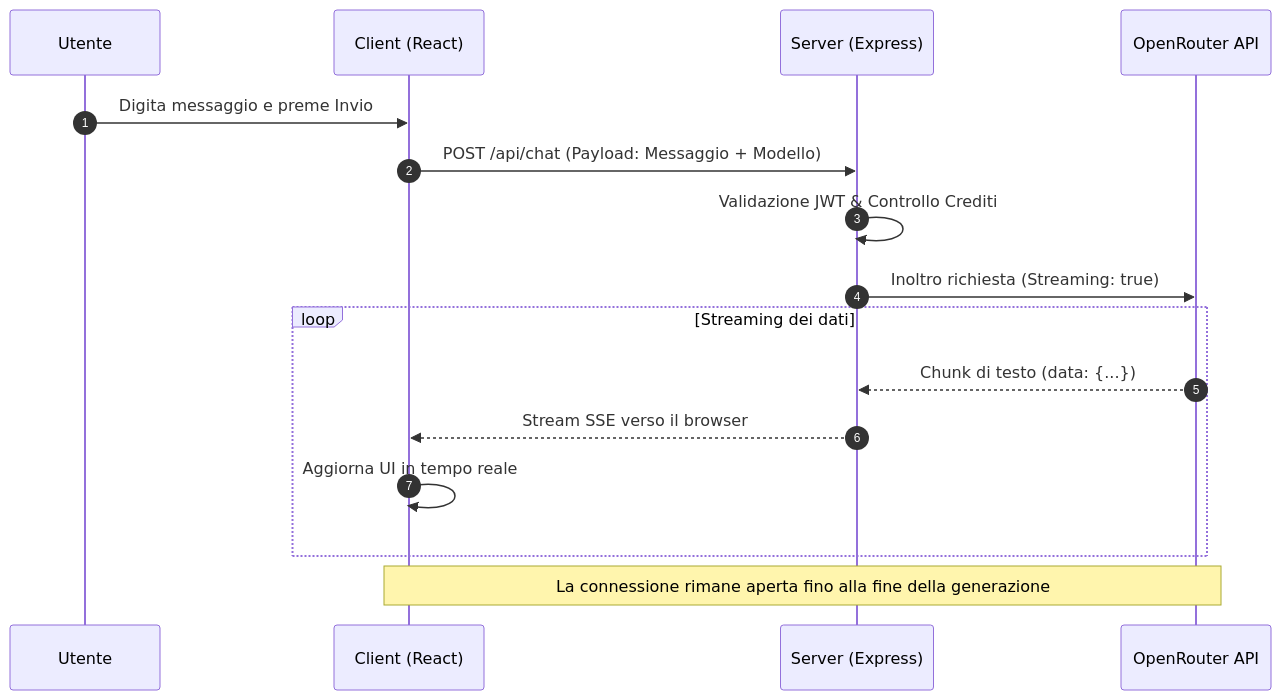
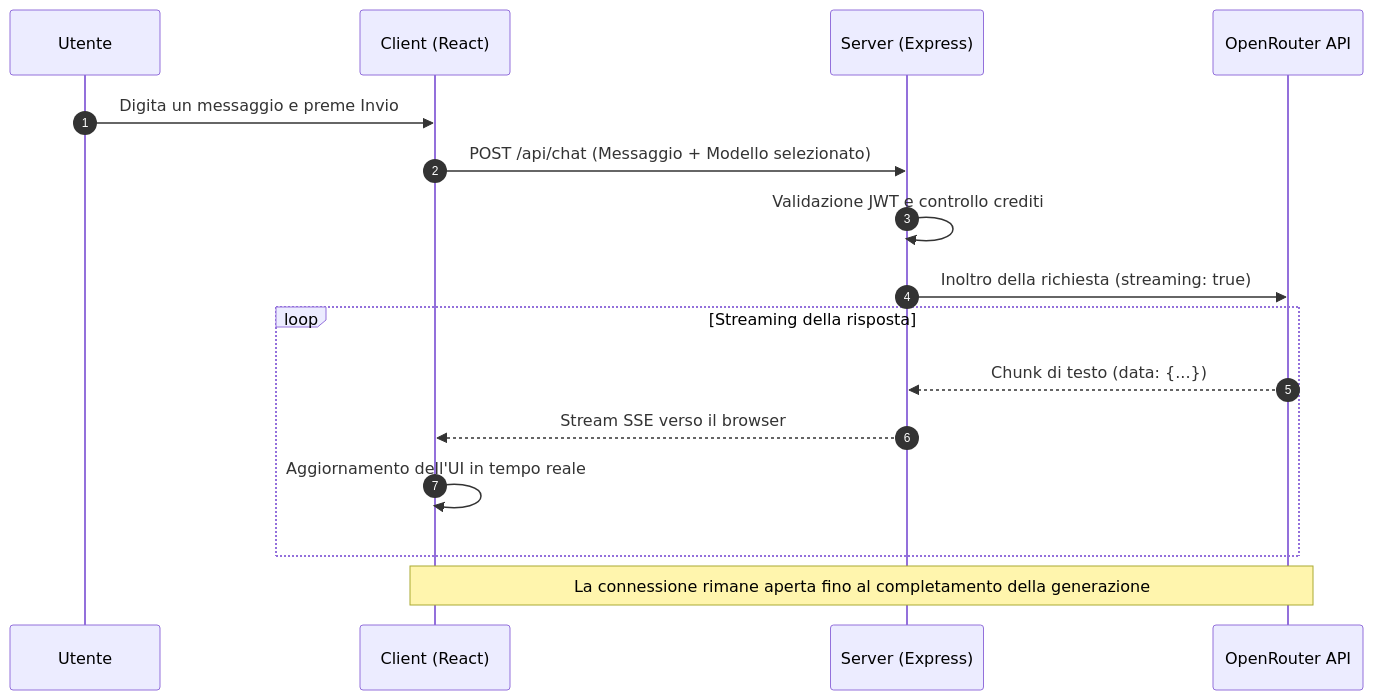
One commit to paparesta-007/progetto-maturita changed the diagram in docs/04_chat_multi_modello.md. Above: the diagram before and after it, drawn with Mermaid. The commit also changed other lines of this file and 33 other files, not shown here.

Commit message:
docs: refine architecture documentation, improve sidebar dark mode, and reorganize project support files

````diff
--- a/docs/04_chat_multi_modello.md
+++ b/docs/04_chat_multi_modello.md
@@ -37,21 +41,21 @@
 ```mermaid
 sequenceDiagram
     autonumber
     participant U as Utente
     participant C as Client (React)
     participant S as Server (Express)
     participant OR as OpenRouter API
 
-    U->>C: Digita messaggio e preme Invio
-    C->>S: POST /api/chat (Payload: Messaggio + Modello)
-    S->>S: Validazione JWT & Controllo Crediti
-    S->>OR: Inoltro richiesta (Streaming: true)
-    
-    loop Streaming dei dati
+    U->>C: Digita un messaggio e preme Invio
+    C->>S: POST /api/chat (Messaggio + Modello selezionato)
+    S->>S: Validazione JWT e controllo crediti
+    S->>OR: Inoltro della richiesta (streaming: true)
+
+    loop Streaming della risposta
         OR-->>S: Chunk di testo (data: {...})
         S-->>C: Stream SSE verso il browser
-        C->>C: Aggiorna UI in tempo reale
+        C->>C: Aggiornamento dell'UI in tempo reale
     end
-    
-    Note over C,OR: La connessione rimane aperta fino alla fine della generazione
+
+    Note over C,OR: La connessione rimane aperta fino al completamento della generazione
 ```
````
